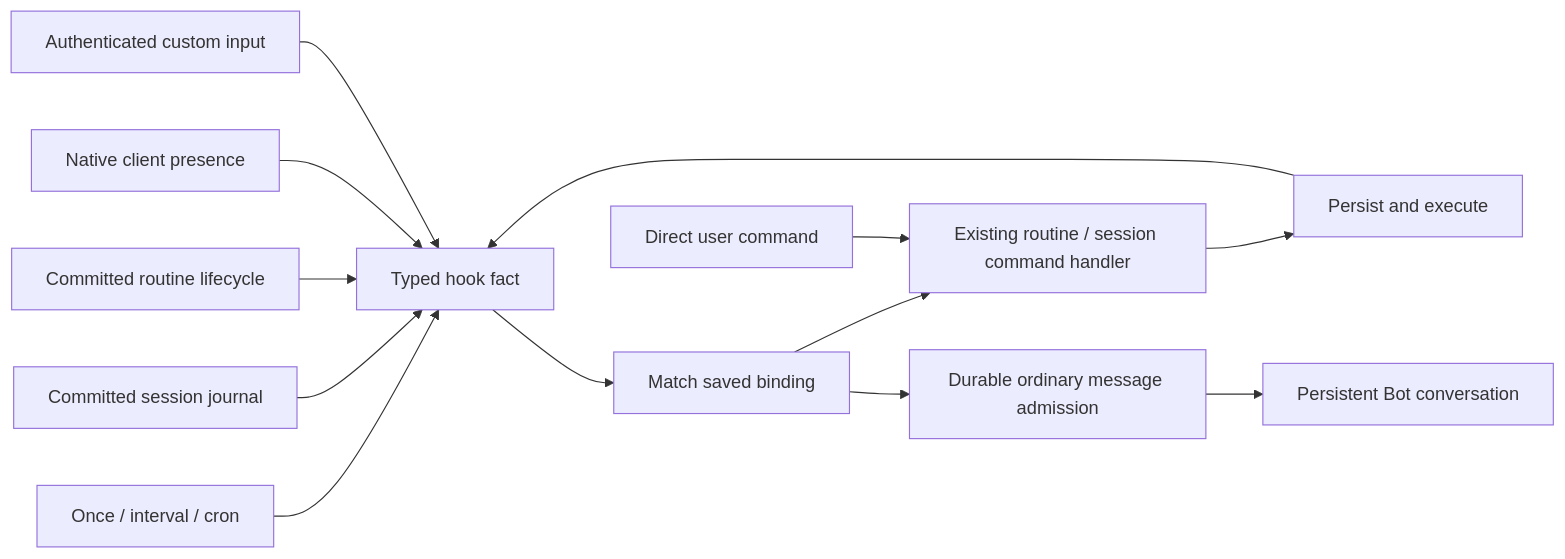
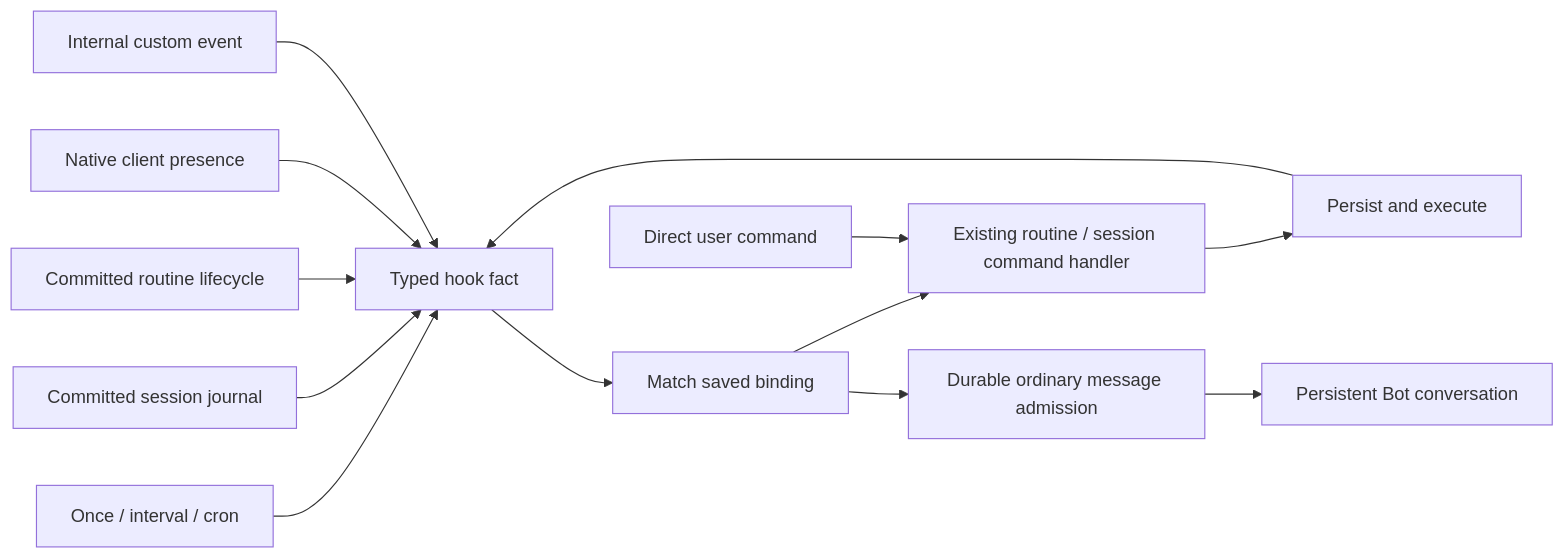
Before and after one commit to citizenhicks/mobius: the diagram in docs/bot-conversation-plan.md, drawn with Mermaid. The commit also changed other lines of this file and 19 other files, not shown here.

````diff
--- a/docs/bot-conversation-plan.md
+++ b/docs/bot-conversation-plan.md
@@ -17,15 +19,15 @@
 ```mermaid
 flowchart LR
     Clock[Once / interval / cron] --> Event[Typed hook fact]
     Session[Committed session journal] --> Event
     Routine[Committed routine lifecycle] --> Event
     Client[Native client presence] --> Event
-    Webhook[Authenticated custom input] --> Event
+    Bot[Internal custom event] --> Event
     Event --> Binding[Match saved binding]
     Binding --> Command[Existing routine / session command handler]
     User[Direct user command] --> Command
     Command --> Persist[Persist and execute]
     Persist --> Event
     Binding --> Report[Durable ordinary message admission]
     Report --> Main[Persistent Bot conversation]
 ```
````
